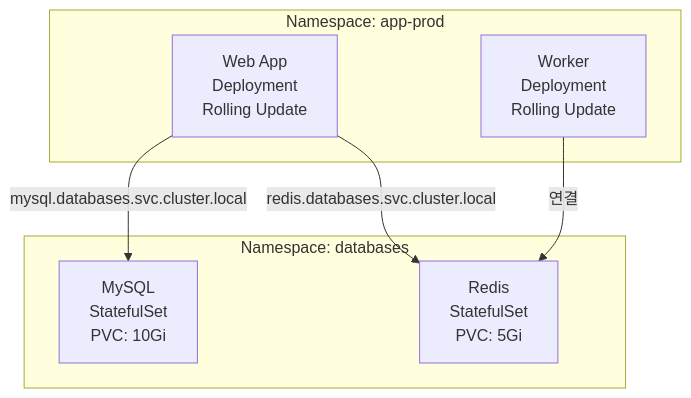
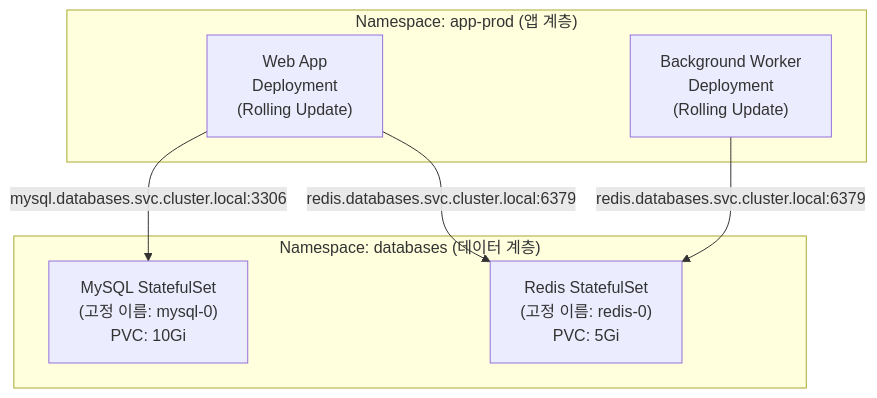
One commit to Seobway23/Seobway23.github.io changed diagram 14 of 15 in posts/study/infra/k8s-zero-downtime-deployment.md. Above: the diagram before and after it, drawn with Mermaid. The commit also changed other lines of this file, not shown here.

````diff
--- a/posts/study/infra/k8s-zero-downtime-deployment.md
+++ b/posts/study/infra/k8s-zero-downtime-deployment.md
@@ -746,15 +1147,16 @@
 ```mermaid
-%% desc: 인프라 계층 분리 — 데이터 계층(StatefulSet)과 앱 계층(Deployment)을 Namespace로 분리
+%% desc: 인프라 계층 분리 — databases Namespace와 app-prod Namespace로 역할 분리
 flowchart TD
-    subgraph NS_DB["Namespace: databases"]
-        MYSQL["MySQL\nStatefulSet\nPVC: 10Gi"]
-        REDIS["Redis\nStatefulSet\nPVC: 5Gi"]
+    subgraph NS_DB["Namespace: databases (데이터 계층)"]
+        MYSQL["MySQL StatefulSet\n(고정 이름: mysql-0)\nPVC: 10Gi"]
+        REDIS["Redis StatefulSet\n(고정 이름: redis-0)\nPVC: 5Gi"]
     end
-    subgraph NS_APP["Namespace: app-prod"]
-        WEB["Web App\nDeployment\nRolling Update"]
-        WORKER["Worker\nDeployment\nRolling Update"]
+    subgraph NS_APP["Namespace: app-prod (앱 계층)"]
+        WEB["Web App\nDeployment\n(Rolling Update)"]
+        WORKER["Background Worker\nDeployment\n(Rolling Update)"]
     end
-    WEB -->|"mysql.databases.svc.cluster.local"| MYSQL
-    WEB -->|"redis.databases.svc.cluster.local"| REDIS
-    WORKER -->|"연결"| REDIS
+
+    WEB -->|"mysql.databases.svc.cluster.local:3306"| MYSQL
+    WEB -->|"redis.databases.svc.cluster.local:6379"| REDIS
+    WORKER -->|"redis.databases.svc.cluster.local:6379"| REDIS
 ```
````
